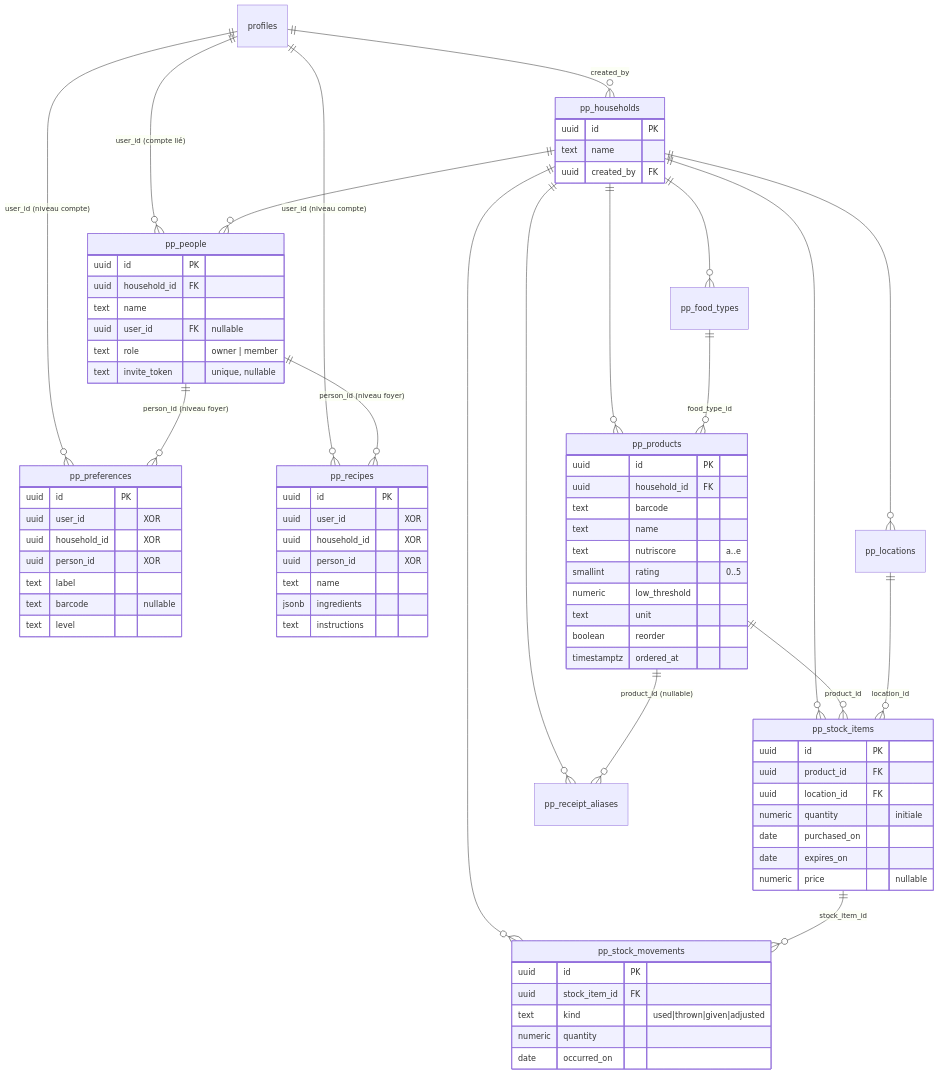
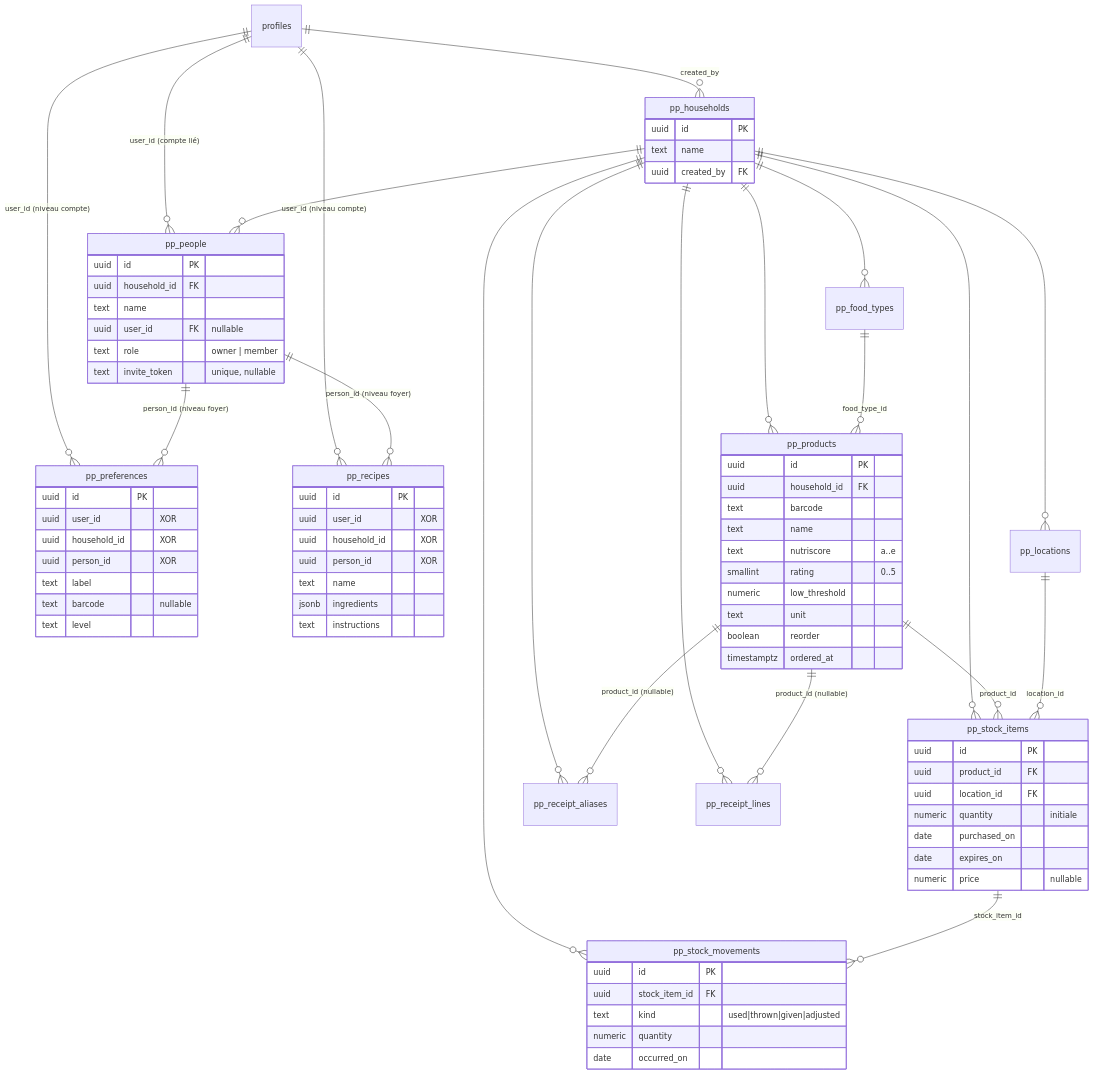
Before and after one commit to Jabbalh/PopotteEtPlacard: the diagram in docs/base-de-donnees.md, drawn with Mermaid. The commit also changed other lines of this file and 10 other files, not shown here.

```diff
--- a/docs/base-de-donnees.md
+++ b/docs/base-de-donnees.md
@@ -65,6 +66,8 @@
     pp_households ||--o{ pp_stock_items : ""
     pp_households ||--o{ pp_stock_movements : ""
     pp_households ||--o{ pp_receipt_aliases : ""
+    pp_households ||--o{ pp_receipt_lines : ""
+    pp_products ||--o{ pp_receipt_lines : "product_id (nullable)"
     pp_products ||--o{ pp_receipt_aliases : "product_id (nullable)"
 
     pp_food_types ||--o{ pp_products : "food_type_id"
```
